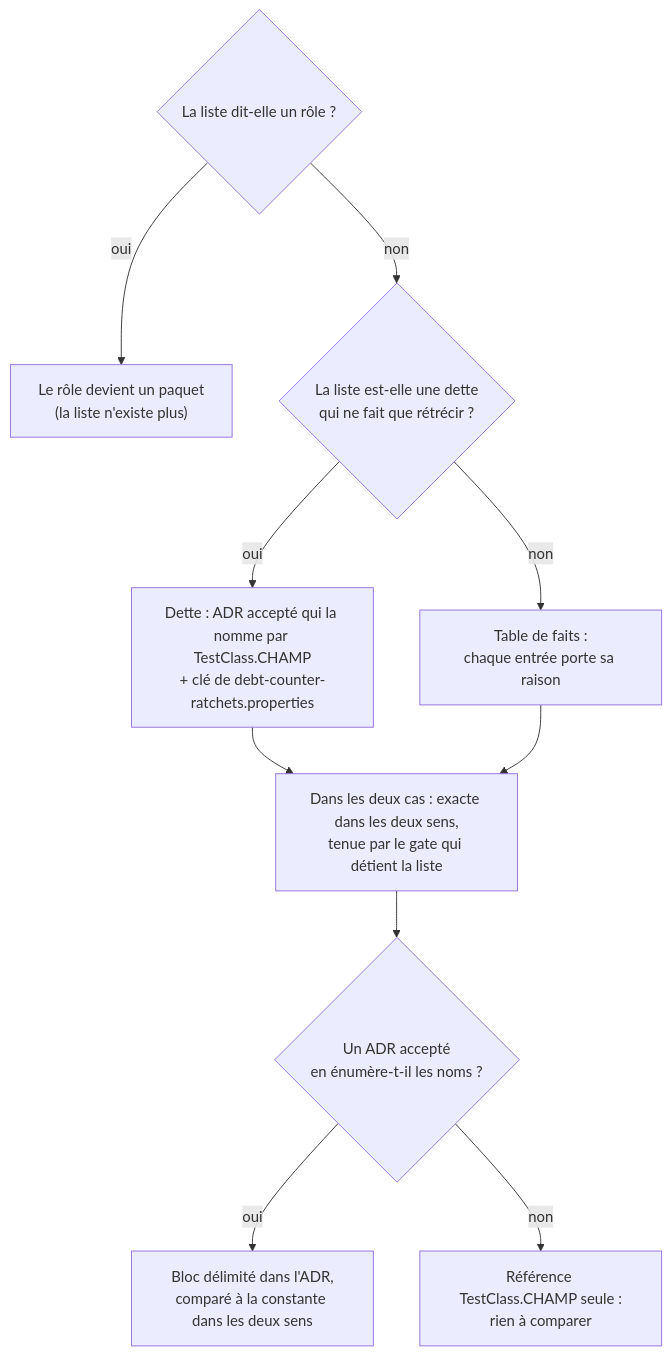
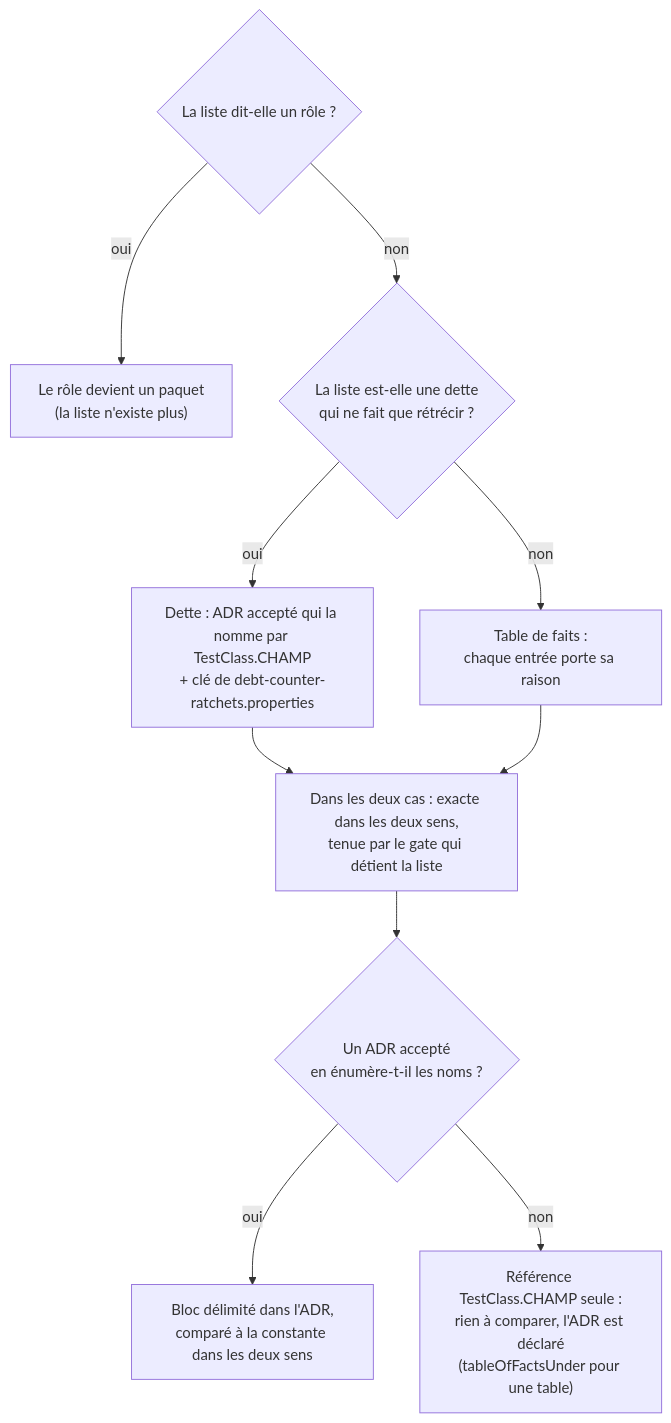
Before and after one commit to FTurleque/morpheus-engine: the second of 2 diagrams in docs/developer/specifications/adapter-internal-boundaries.md, drawn with Mermaid. The commit also changed other lines of this file and 12 other files, not shown here.

First line of the commit message:
test(architecture): declare the decision record of every stated table of facts

````diff
--- a/docs/developer/specifications/adapter-internal-boundaries.md
+++ b/docs/developer/specifications/adapter-internal-boundaries.md
@@ -158,21 +168,21 @@
 ```mermaid
 flowchart TD
     q1{"La liste dit-elle un rôle ?"}
     pkg["Le rôle devient un paquet<br/>(la liste n'existe plus)"]
     q2{"La liste est-elle une dette<br/>qui ne fait que rétrécir ?"}
     debt["Dette : ADR accepté qui la nomme par TestClass.CHAMP<br/>+ clé de debt-counter-ratchets.properties"]
     facts["Table de faits :<br/>chaque entrée porte sa raison"]
     exact["Dans les deux cas : exacte dans les deux sens,<br/>tenue par le gate qui détient la liste"]
     q3{"Un ADR accepté<br/>en énumère-t-il les noms ?"}
     enum["Bloc délimité dans l'ADR,<br/>comparé à la constante dans les deux sens"]
-    ref["Référence TestClass.CHAMP seule :<br/>rien à comparer"]
+    ref["Référence TestClass.CHAMP seule :<br/>rien à comparer, l'ADR est déclaré<br/>(tableOfFactsUnder pour une table)"]
     q1 -- oui --> pkg
     q1 -- non --> q2
     q2 -- oui --> debt
     q2 -- non --> facts
     debt --> exact
     facts --> exact
     exact --> q3
     q3 -- oui --> enum
     q3 -- non --> ref
 ```
````
